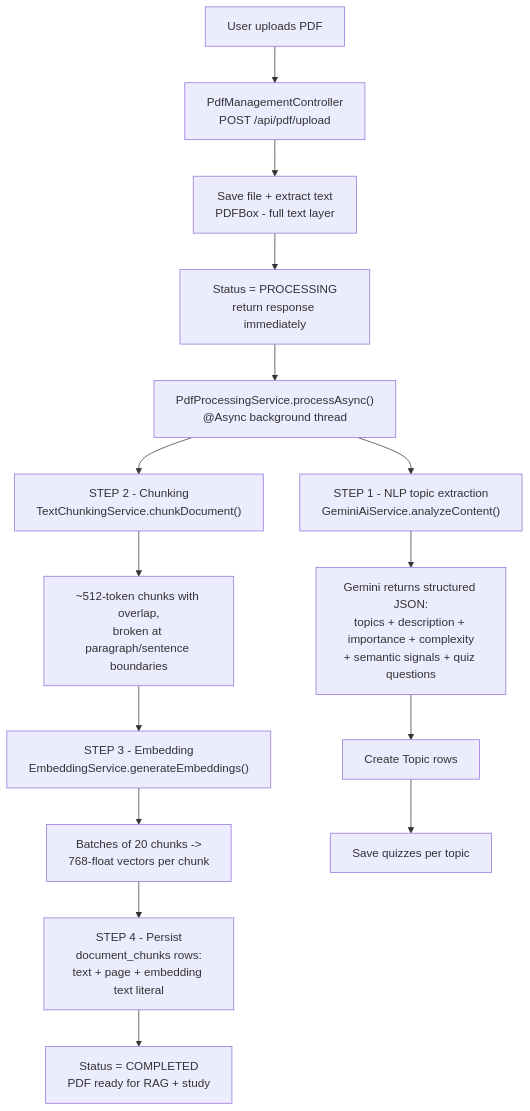
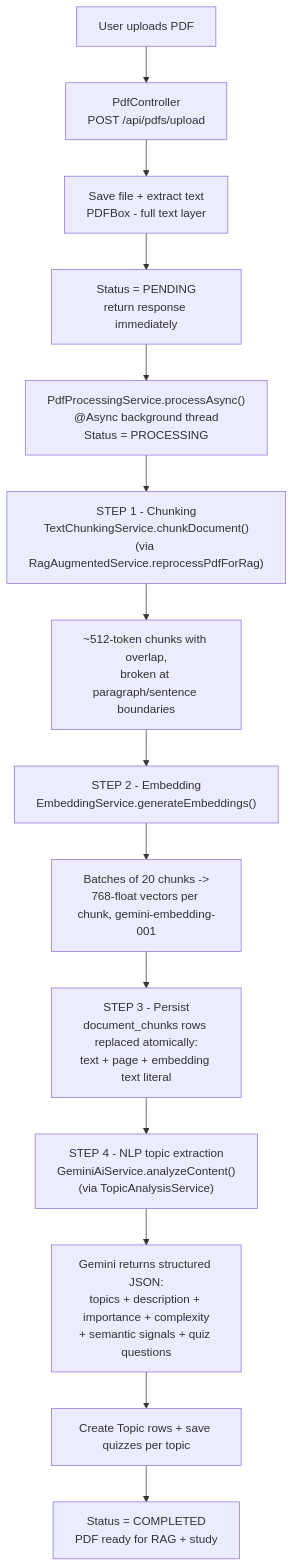
One commit to itsujwal11/aiStudyPlanner changed the second of 5 diagrams in docs/WORKFLOW.md. Above: the diagram before and after it, drawn with Mermaid. The commit also changed other lines of this file and 13 other files, not shown here.

````diff
--- a/docs/WORKFLOW.md
+++ b/docs/WORKFLOW.md
@@ -57,19 +57,18 @@
 ```mermaid
 flowchart TD
-    A[User uploads PDF] --> B[PdfManagementController<br/>POST /api/pdf/upload]
+    A[User uploads PDF] --> B[PdfController<br/>POST /api/pdfs/upload]
     B --> C[Save file + extract text<br/>PDFBox - full text layer]
-    C --> D[Status = PROCESSING<br/>return response immediately]
-    D --> E["PdfProcessingService.processAsync()<br/>@Async background thread"]
+    C --> D[Status = PENDING<br/>return response immediately]
+    D --> E["PdfProcessingService.processAsync()<br/>@Async background thread<br/>Status = PROCESSING"]
 
-    E --> F["STEP 1 - NLP topic extraction<br/>GeminiAiService.analyzeContent()"]
+    E --> I["STEP 1 - Chunking<br/>TextChunkingService.chunkDocument()<br/>(via RagAugmentedService.reprocessPdfForRag)"]
+    I --> J[~512-token chunks with overlap,<br/>broken at paragraph/sentence boundaries]
+    J --> K["STEP 2 - Embedding<br/>EmbeddingService.generateEmbeddings()"]
+    K --> L[Batches of 20 chunks -><br/>768-float vectors per chunk, gemini-embedding-001]
+    L --> M["STEP 3 - Persist<br/>document_chunks rows replaced atomically:<br/>text + page + embedding text literal"]
+
+    M --> F["STEP 4 - NLP topic extraction<br/>GeminiAiService.analyzeContent()<br/>(via TopicAnalysisService)"]
     F --> G1["Gemini returns structured JSON:<br/>topics + description + importance + complexity<br/>+ semantic signals + quiz questions"]
-    G1 --> H[Create Topic rows]
-
-    E --> I["STEP 2 - Chunking<br/>TextChunkingService.chunkDocument()"]
-    I --> J[~512-token chunks with overlap,<br/>broken at paragraph/sentence boundaries]
-    J --> K["STEP 3 - Embedding<br/>EmbeddingService.generateEmbeddings()"]
-    K --> L[Batches of 20 chunks -><br/>768-float vectors per chunk]
-    L --> M["STEP 4 - Persist<br/>document_chunks rows:<br/>text + page + embedding text literal"]
-    H --> N[Save quizzes per topic]
-    M --> O[Status = COMPLETED<br/>PDF ready for RAG + study]
+    G1 --> H[Create Topic rows + save quizzes per topic]
+    H --> O[Status = COMPLETED<br/>PDF ready for RAG + study]
 ```
````
